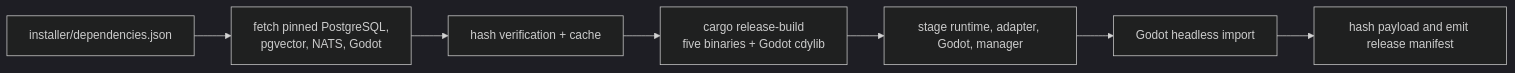
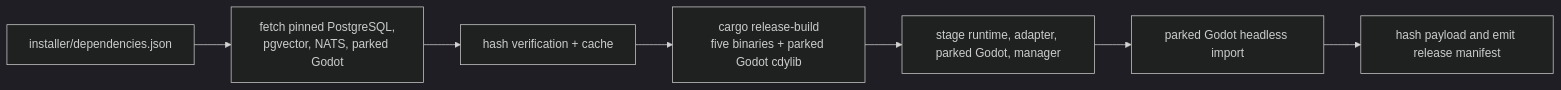
Before and after one commit to solarisael/the-athanor: diagram 13 of 16 in docs/CODE_FLOW_MAP.md, drawn with Mermaid (dark theme). The commit also changed other lines of this file and 15 other files, not shown here.

First line of the commit message:
docs: the web prototype is the operator door; Godot is parked

````diff
--- a/docs/CODE_FLOW_MAP.md
+++ b/docs/CODE_FLOW_MAP.md
@@ -579,9 +581,9 @@
 ```mermaid
 flowchart LR
-    Pins["installer/dependencies.json"] --> Fetch["fetch pinned PostgreSQL,<br/>pgvector, NATS, Godot"]
+    Pins["installer/dependencies.json"] --> Fetch["fetch pinned PostgreSQL,<br/>pgvector, NATS, parked Godot"]
     Fetch --> Verify["hash verification + cache"]
-    Verify --> Cargo["cargo release-build<br/>five binaries + Godot cdylib"]
-    Cargo --> Stage["stage runtime, adapter, Godot, manager"]
-    Stage --> Import["Godot headless import"]
+    Verify --> Cargo["cargo release-build<br/>five binaries + parked Godot cdylib"]
+    Cargo --> Stage["stage runtime, adapter, parked Godot, manager"]
+    Stage --> Import["parked Godot headless import"]
     Import --> Manifest["hash payload and emit release manifest"]
 ```
````
